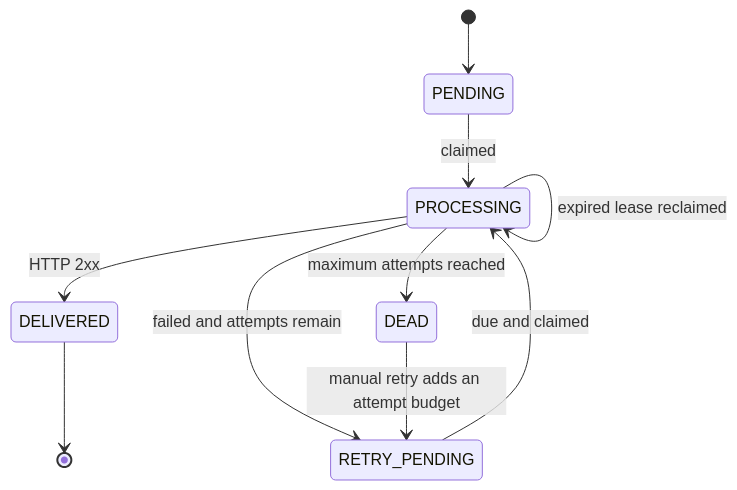
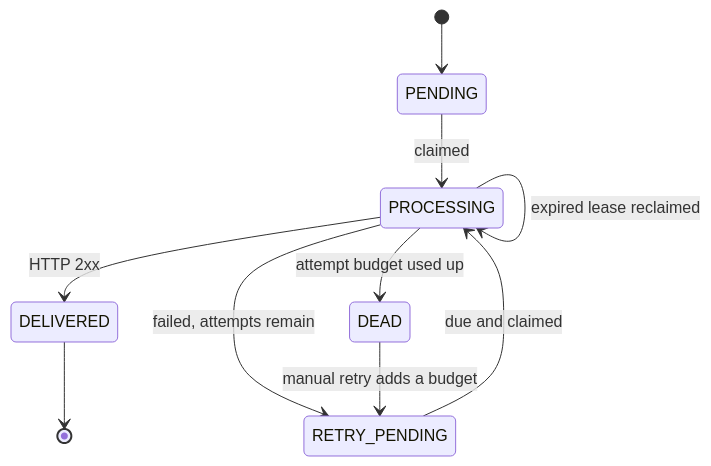
One commit to YashwardhanV/SignalDock changed the second of 2 diagrams in docs/ARCHITECTURE.md. Above: the diagram before and after it, drawn with Mermaid. The commit also changed other lines of this file and 2 other files, not shown here.

Commit message:
Rewrite README and architecture docs for the simplified design

````diff
--- a/docs/ARCHITECTURE.md
+++ b/docs/ARCHITECTURE.md
@@ -69,12 +57,12 @@
 ```mermaid
 stateDiagram-v2
     [*] --> PENDING
     PENDING --> PROCESSING: claimed
     RETRY_PENDING --> PROCESSING: due and claimed
     PROCESSING --> DELIVERED: HTTP 2xx
-    PROCESSING --> RETRY_PENDING: failed and attempts remain
-    PROCESSING --> DEAD: maximum attempts reached
+    PROCESSING --> RETRY_PENDING: failed, attempts remain
+    PROCESSING --> DEAD: attempt budget used up
     PROCESSING --> PROCESSING: expired lease reclaimed
-    DEAD --> RETRY_PENDING: manual retry adds an attempt budget
+    DEAD --> RETRY_PENDING: manual retry adds a budget
     DELIVERED --> [*]
 ```
````
